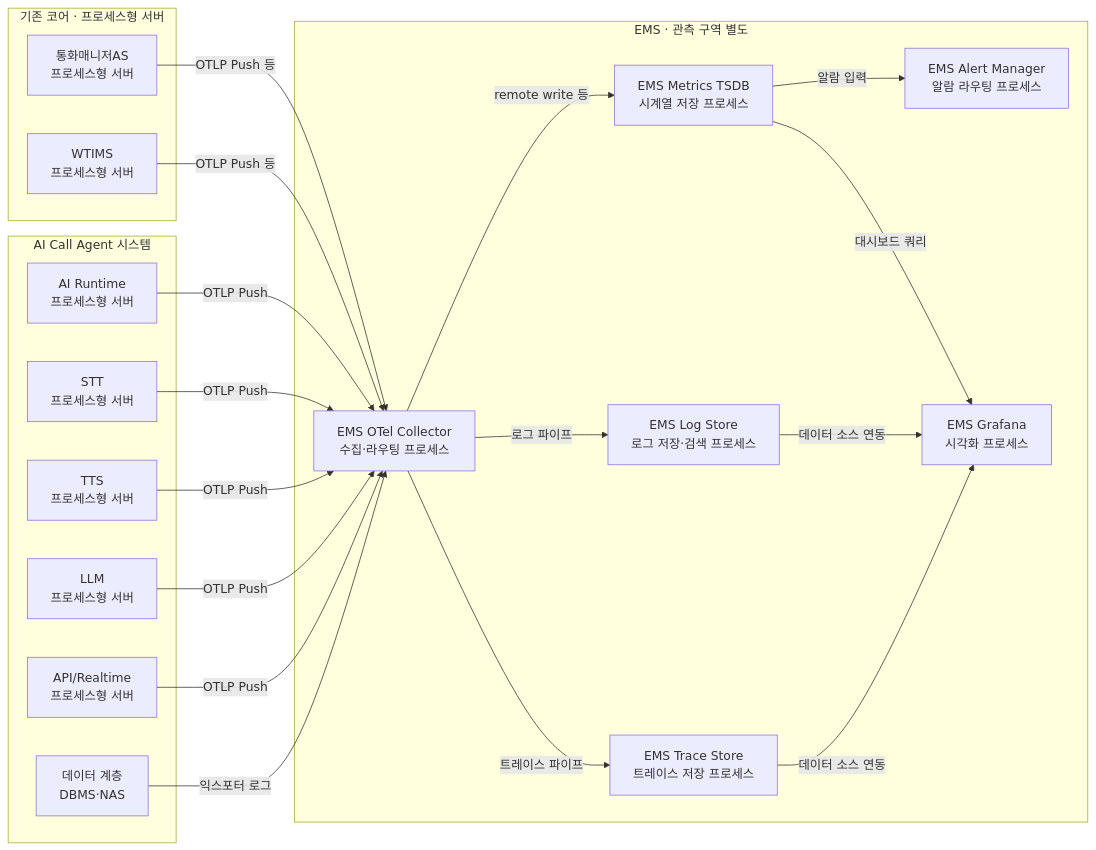
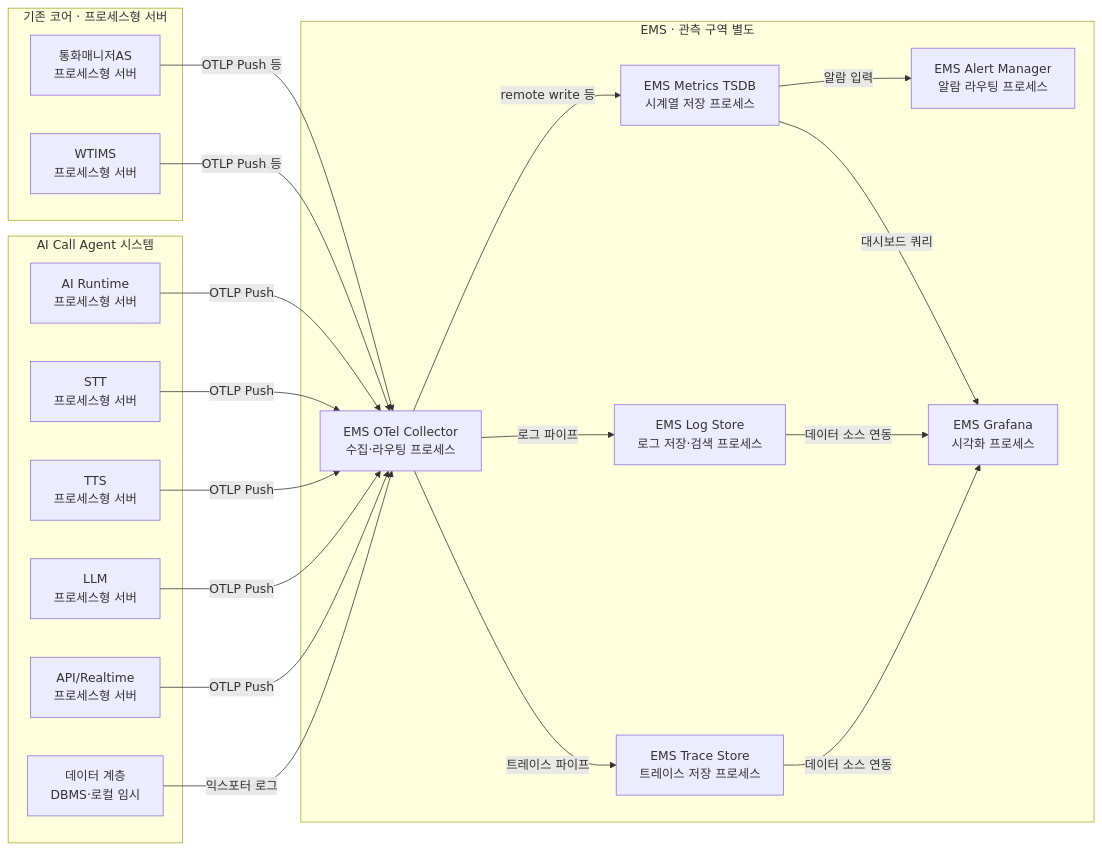
Before and after one commit to hak023/agentic_ai_callbot: the fifth of 5 diagrams in docs/architecture/production-deployment-architecture.md, drawn with Mermaid. The commit also changed other lines of this file, not shown here.

Commit message:
docs: 프로덕션 아키텍처에서 NAS/Blob 초기 생략·WTIMS 녹음·로컬 임시 반영

````diff
--- a/docs/architecture/production-deployment-architecture.md
+++ b/docs/architecture/production-deployment-architecture.md
@@ -847,42 +834,42 @@
 ```mermaid
 flowchart LR
     subgraph CORE["기존 코어 · 프로세스형 서버"]
       CM["통화매니저AS<br/>프로세스형 서버"]
       WT["WTIMS<br/>프로세스형 서버"]
     end
 
     subgraph ACA["AI Call Agent 시스템"]
       AIR["AI Runtime<br/>프로세스형 서버"]
       STT["STT<br/>프로세스형 서버"]
       TTS["TTS<br/>프로세스형 서버"]
       LLM["LLM<br/>프로세스형 서버"]
       API["API/Realtime<br/>프로세스형 서버"]
-      DB["데이터 계층<br/>DBMS·NAS"]
+      DB["데이터 계층<br/>DBMS·로컬 임시"]
     end
 
     subgraph EMS["EMS · 관측 구역 별도"]
       OTL["EMS OTel Collector<br/>수집·라우팅 프로세스"]
       MTS["EMS Metrics TSDB<br/>시계열 저장 프로세스"]
       LOG["EMS Log Store<br/>로그 저장·검색 프로세스"]
       TRC["EMS Trace Store<br/>트레이스 저장 프로세스"]
       ALR["EMS Alert Manager<br/>알람 라우팅 프로세스"]
       GRA["EMS Grafana<br/>시각화 프로세스"]
     end
 
     CM -->|OTLP Push 등| OTL
     WT -->|OTLP Push 등| OTL
     AIR -->|OTLP Push| OTL
     STT -->|OTLP Push| OTL
     TTS -->|OTLP Push| OTL
     LLM -->|OTLP Push| OTL
     API -->|OTLP Push| OTL
     DB -->|익스포터 로그| OTL
 
     OTL -->|remote write 등| MTS
     OTL -->|로그 파이프| LOG
     OTL -->|트레이스 파이프| TRC
     MTS -->|알람 입력| ALR
     LOG -->|데이터 소스 연동| GRA
     TRC -->|데이터 소스 연동| GRA
     MTS -->|대시보드 쿼리| GRA
 ```
````
